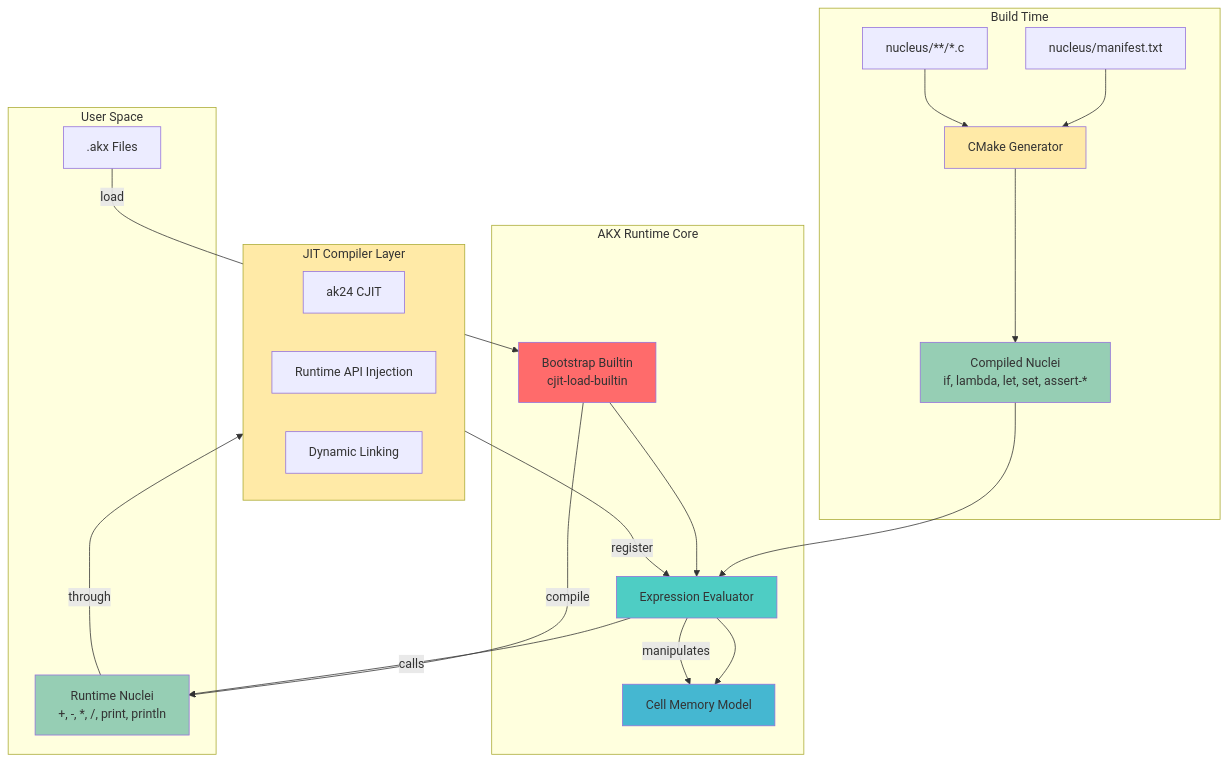
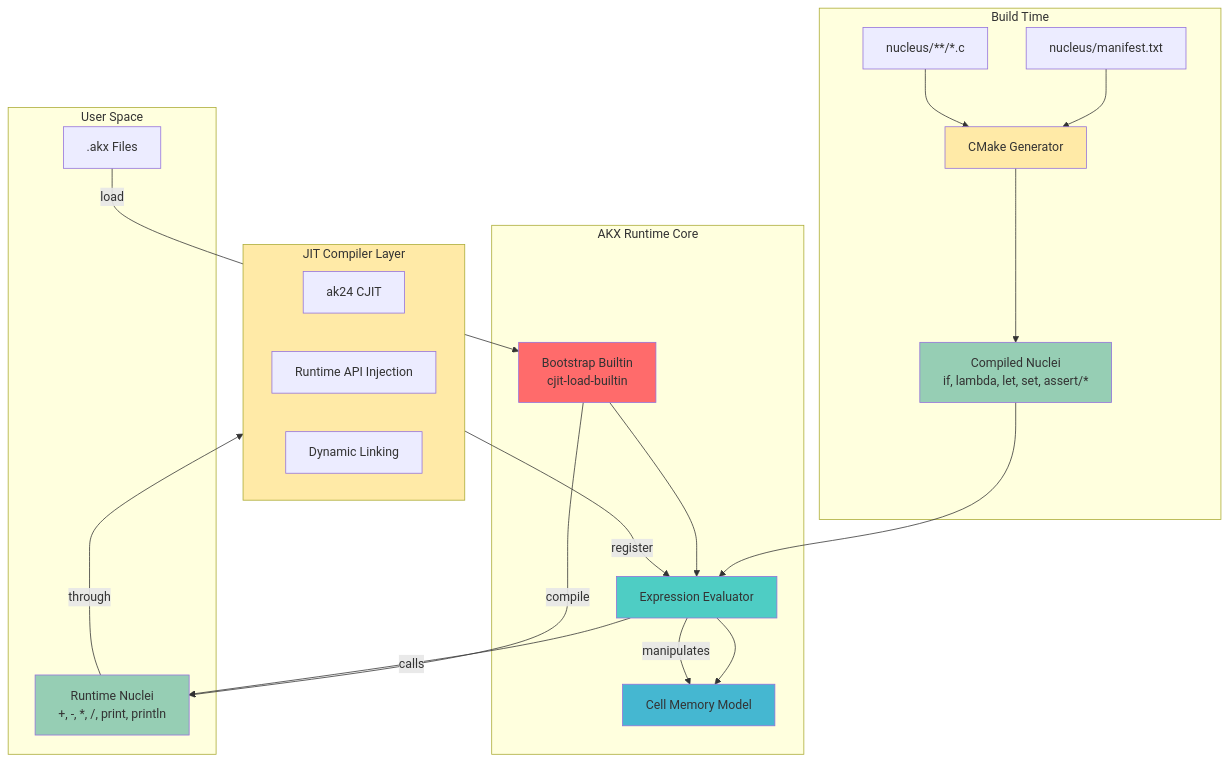
One commit to bosley/akx changed the first of 14 diagrams in ARCHITECTURE.md. Above: the diagram before and after it, drawn with Mermaid. The commit also changed other lines of this file and 30 other files, not shown here.

````diff
--- a/ARCHITECTURE.md
+++ b/ARCHITECTURE.md
@@ -7,45 +7,45 @@
 ```mermaid
 graph TB
     subgraph Build[Build Time]
         Manifest[nucleus/manifest.txt]
         NucleusSrc[nucleus/**/*.c]
         CMakeGen[CMake Generator]
         
         Manifest --> CMakeGen
         NucleusSrc --> CMakeGen
-        CMakeGen --> CompiledNuclei[Compiled Nuclei<br/>if, lambda, let, set, assert-*]
+        CMakeGen --> CompiledNuclei[Compiled Nuclei<br/>if, lambda, let, set, assert/*]
     end
     
     subgraph Runtime[AKX Runtime Core]
         Bootstrap[Bootstrap Builtin<br/>cjit-load-builtin]
         CompiledNuclei --> Eval[Expression Evaluator]
         Bootstrap --> Eval
         Eval --> Cells[Cell Memory Model]
     end
     
     subgraph UserSpace[User Space]
         AKXCode[.akx Files]
         RuntimeNuclei[Runtime Nuclei<br/>+, -, *, /, print, println]
     end
     
     subgraph JIT[JIT Compiler Layer]
         CJIT[ak24 CJIT]
         Symbols[Runtime API Injection]
         Link[Dynamic Linking]
     end
     
     AKXCode -->|load| Bootstrap
     Bootstrap -->|compile| RuntimeNuclei
     RuntimeNuclei -->|through| JIT
     JIT -->|register| Eval
     Eval -->|manipulates| Cells
     Eval -->|calls| RuntimeNuclei
     
     style Bootstrap fill:#ff6b6b
     style Eval fill:#4ecdc4
     style Cells fill:#45b7d1
     style CompiledNuclei fill:#96ceb4
     style RuntimeNuclei fill:#96ceb4
     style JIT fill:#ffeaa7
     style CMakeGen fill:#ffeaa7
 ```
````
